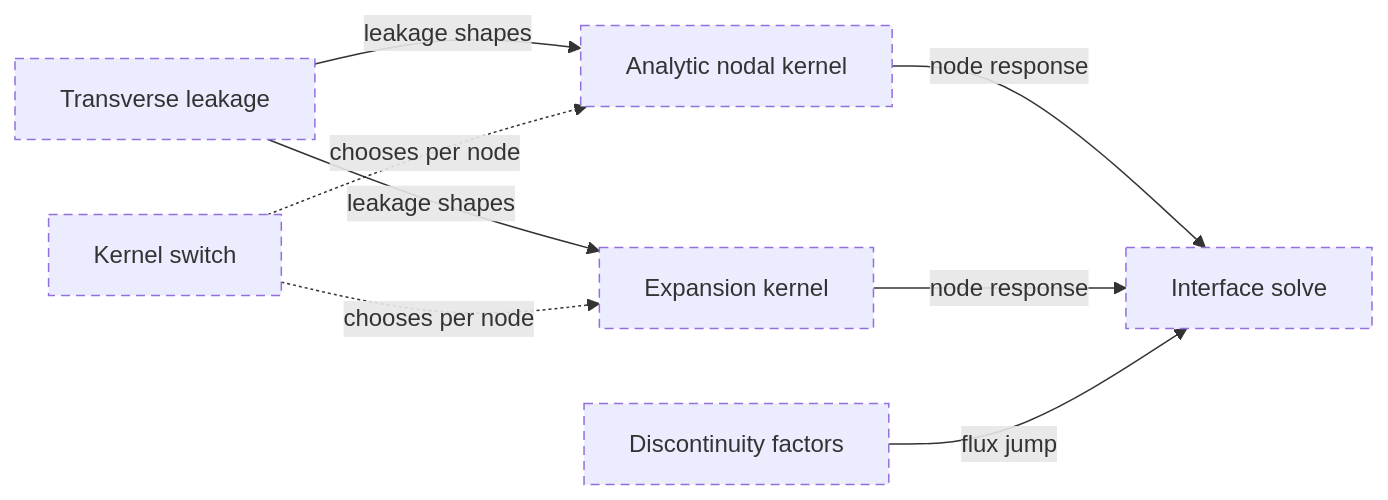
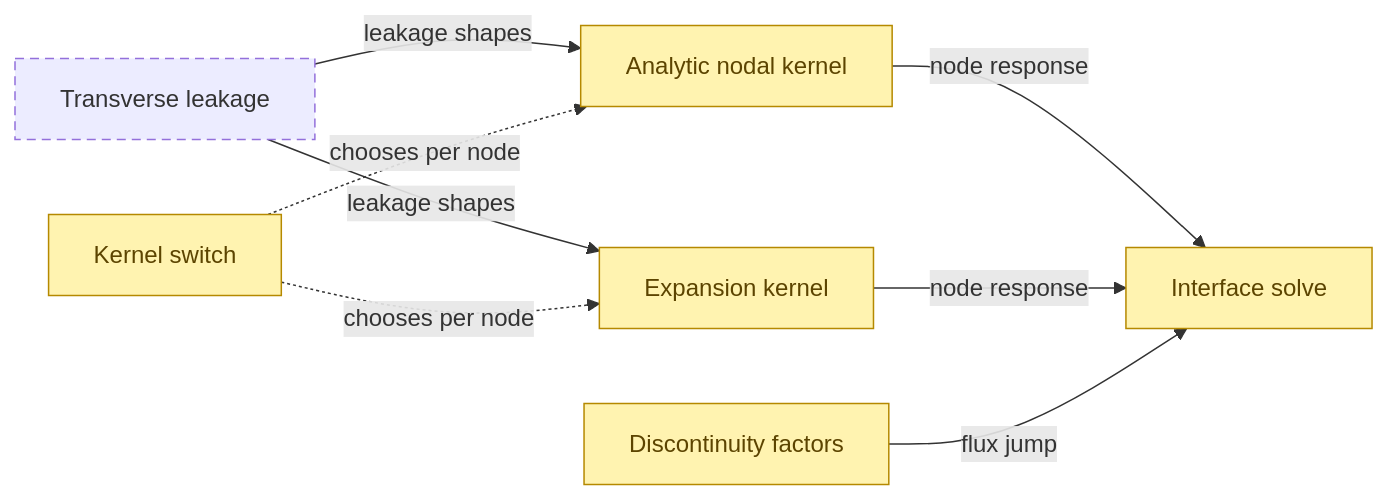
Before and after one commit to aurja130/URUS: the eighth of 16 diagrams in Planning/DBC/CONCEPTS.md, drawn with Mermaid. The commit also changed other lines of this file and 5 other files, not shown here.

First line of the commit message:
Freeze sub-milestone 1.5: nodal kernels and the interface solve

````diff
--- a/Planning/DBC/CONCEPTS.md
+++ b/Planning/DBC/CONCEPTS.md
@@ -220,15 +228,16 @@
 ```mermaid
 flowchart LR
 classDef implemented fill:#c8e6c9,stroke:#2e7d32,color:#1b5e20
 classDef partial fill:#fff3b0,stroke:#b58900,color:#5c4400
 classDef planned stroke-dasharray:6 4
 classDef external fill:#eeeeee,stroke:#9e9e9e,stroke-dasharray:1 3,color:#616161
 TransverseLeakage["Transverse leakage"] -->|leakage shapes| AnmKernel["Analytic nodal kernel"]
 TransverseLeakage -->|leakage shapes| NemKernel["Expansion kernel"]
 KernelSwitch["Kernel switch"] -.->|chooses per node| AnmKernel
 KernelSwitch -.->|chooses per node| NemKernel
 AnmKernel -->|node response| InterfaceSolve["Interface solve"]
 NemKernel -->|node response| InterfaceSolve
 DiscontinuityFactors["Discontinuity factors"] -->|flux jump| InterfaceSolve
-class TransverseLeakage,AnmKernel,NemKernel,KernelSwitch,DiscontinuityFactors,InterfaceSolve planned
+class TransverseLeakage planned
+class AnmKernel,NemKernel,KernelSwitch,DiscontinuityFactors,InterfaceSolve partial
 ```
````
